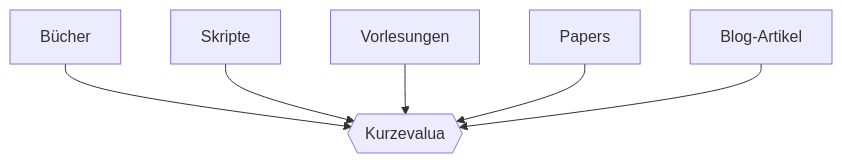
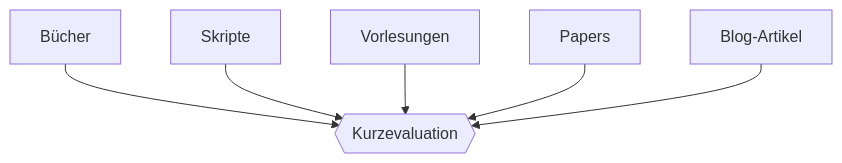
One commit to julianstoerig/zettelkasten changed the diagram in System/Informationsverarbeitung.md. Above: the diagram before and after it, drawn with Mermaid. The commit also changed 1 other file, not shown here.

Commit message:
automatic version-control: 2021-01-11 22:24:50

````diff
--- a/System/Informationsverarbeitung.md
+++ b/System/Informationsverarbeitung.md
@@ -1,14 +1,14 @@
 ```mermaid
 graph TD;
 
 B["Bücher"]
 S["Skripte"]
 V["Vorlesungen"]
 P["Papers"]
 A["Blog-Artikel"]
 
-T{{"Kurzevalua"}}
+T{{"Kurzevaluation"}}
 
 B & S & V & P & A --> T;
 
 ```
````
